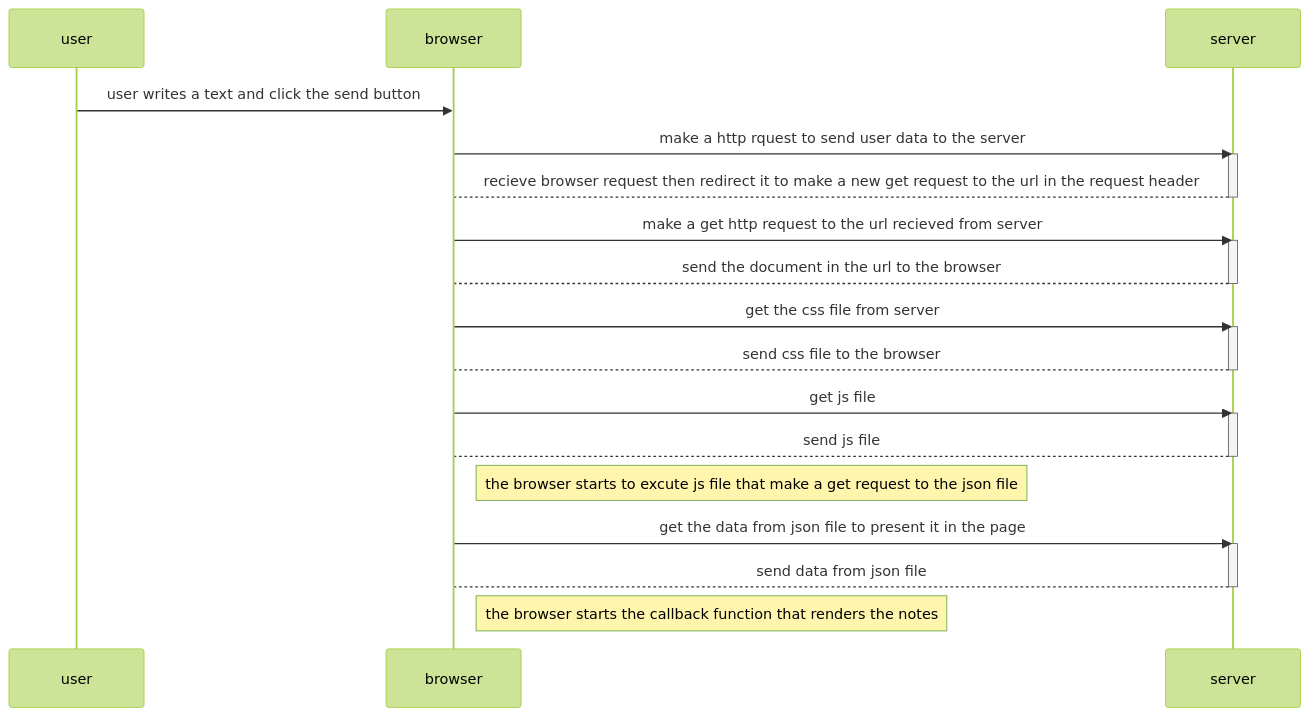
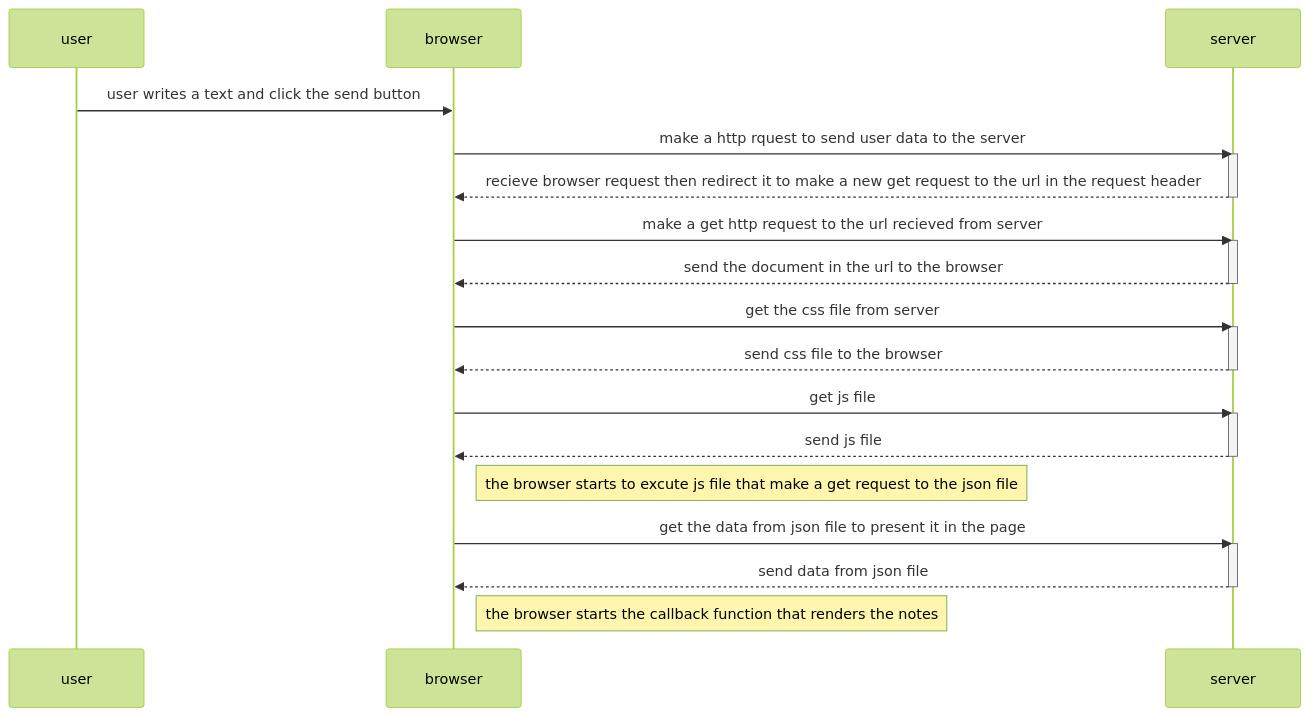
The diagram in part0/exercise4.md (YousefRm/fullstackopen), drawn with Mermaid (forest theme) before and after one commit.

````diff
--- a/part0/exercise4.md
+++ b/part0/exercise4.md
@@ -1,29 +1,29 @@
 ```mermaid
 sequenceDiagram
 participant user
 participant browser
 participant server
 user ->> browser: user writes a text and click the send button
 browser ->> server: make a http rquest to send user data to the server 
 activate server
-server --> browser: recieve browser request then redirect it to make a new get request to the url in the request header
+server -->> browser: recieve browser request then redirect it to make a new get request to the url in the request header
 deactivate server 
 browser ->> server: make a get http request to the url recieved from server 
 activate server 
-server --> browser: send the document in the url to the browser 
+server -->> browser: send the document in the url to the browser 
 deactivate server 
 browser ->> server: get the css file from server 
 activate server 
-server --> browser: send css file to the browser 
+server -->> browser: send css file to the browser 
 deactivate server 
 browser ->> server: get js file 
 activate server 
-server --> browser: send js file
+server -->> browser: send js file
 deactivate server
 Note right of browser: the browser starts to excute js file that make a get request to the json file 
 browser ->> server: get the data from json file to present it in the page 
 activate server 
-server --> browser: send data from json file 
+server -->> browser: send data from json file 
 deactivate server 
 Note right of browser: the browser starts the callback function that renders the notes 
 ```
````
